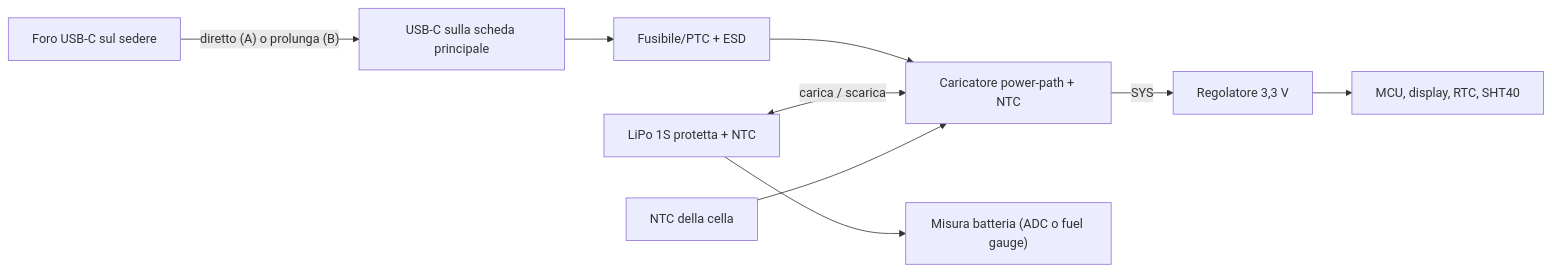
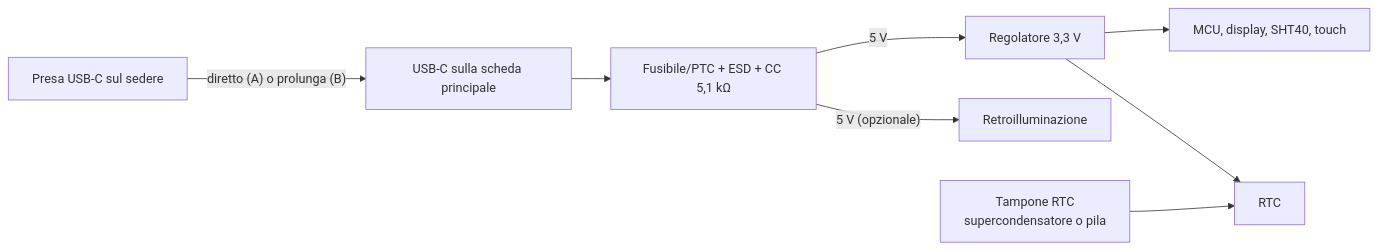
One commit to seba379/PoliClock changed the diagram in docs/03-alimentazione-ricarica.md. Above: the diagram before and after it, drawn with Mermaid. The commit also changed other lines of this file and 16 other files, not shown here.

````diff
--- a/docs/03-alimentazione-ricarica.md
+++ b/docs/03-alimentazione-ricarica.md
@@ -17,11 +18,10 @@
 ```mermaid
 flowchart LR
-    USB["Foro USB-C sul sedere"] -->|"diretto (A) o prolunga (B)"| IN["USB-C sulla scheda principale"]
-    IN --> PROT["Fusibile/PTC + ESD"]
-    PROT --> CHG["Caricatore power-path + NTC"]
-    CELL["LiPo 1S protetta + NTC"] <-->|"carica / scarica"| CHG
-    NTC["NTC della cella"] --> CHG
-    CHG -->|"SYS"| REG["Regolatore 3,3 V"]
-    REG --> LOADS["MCU, display, RTC, SHT40"]
-    CELL --> MON["Misura batteria (ADC o fuel gauge)"]
+    USB["Presa USB-C sul sedere"] -->|"diretto (A) o prolunga (B)"| IN["USB-C sulla scheda principale"]
+    IN --> PROT["Fusibile/PTC + ESD + CC 5,1 kΩ"]
+    PROT -->|"5 V"| REG["Regolatore 3,3 V"]
+    PROT -->|"5 V (opzionale)"| BL["Retroilluminazione"]
+    REG --> LOADS["MCU, display, SHT40, touch"]
+    REG --> RTC["RTC"]
+    CAP["Tampone RTC<br/>supercondensatore o pila"] --> RTC
 ```
````
